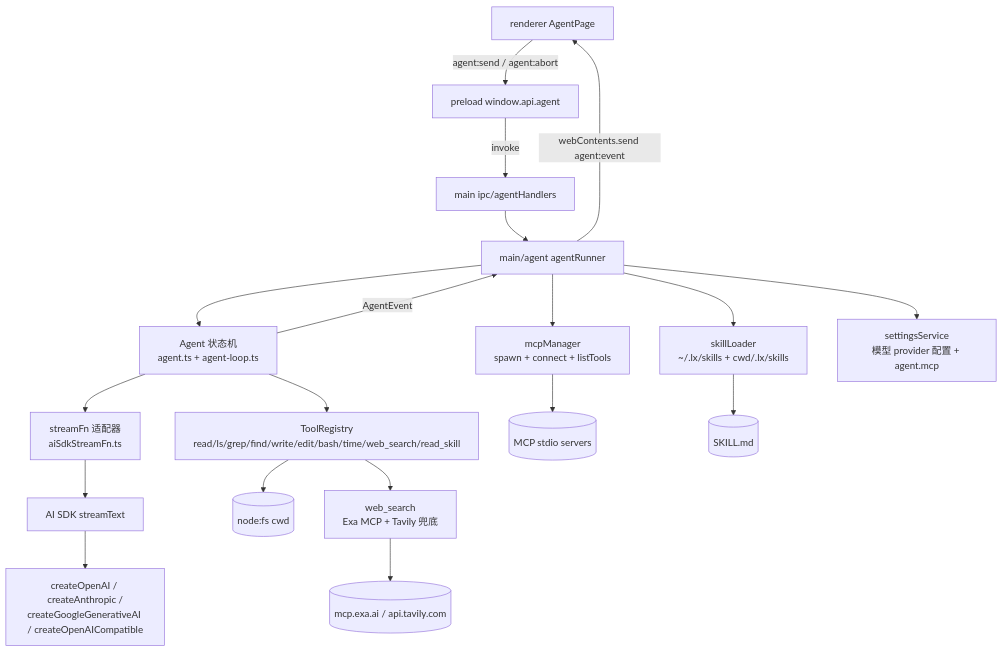
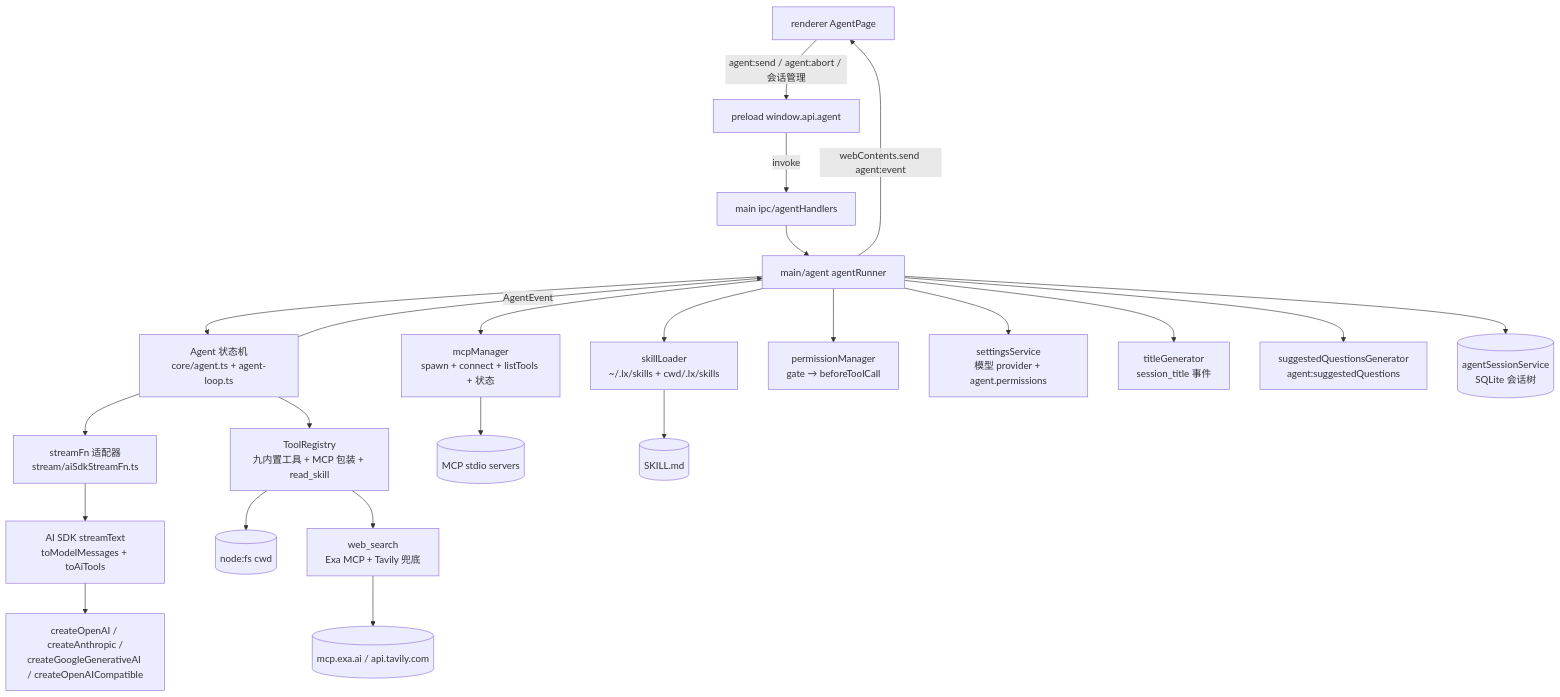
One commit to yonah-lin111/lx-agent changed the diagram in docs/agent/design.md. Above: the diagram before and after it, drawn with Mermaid. The commit also changed other lines of this file and 10 other files, not shown here.

````diff
--- a/docs/agent/design.md
+++ b/docs/agent/design.md
@@ -23,21 +26,25 @@
 ```mermaid
 flowchart TD
-    UI[renderer AgentPage] -->|agent:send / agent:abort| Preload[preload window.api.agent]
+    UI[renderer AgentPage] -->|agent:send / agent:abort / 会话管理| Preload[preload window.api.agent]
     Preload -->|invoke| IPC[main ipc/agentHandlers]
     IPC --> Runner[main/agent agentRunner]
-    Runner --> Agent[Agent 状态机<br/>agent.ts + agent-loop.ts]
-    Agent --> Adapter[streamFn 适配器<br/>aiSdkStreamFn.ts]
-    Adapter --> AI[AI SDK streamText]
+    Runner --> Agent[Agent 状态机<br/>core/agent.ts + agent-loop.ts]
+    Agent --> Adapter[streamFn 适配器<br/>stream/aiSdkStreamFn.ts]
+    Adapter --> AI[AI SDK streamText<br/>toModelMessages + toAiTools]
     AI --> Provider[createOpenAI / createAnthropic /<br/>createGoogleGenerativeAI / createOpenAICompatible]
-    Agent --> Tools[ToolRegistry<br/>read/ls/grep/find/write/edit/bash/time/web_search/read_skill]
+    Agent --> Tools[ToolRegistry<br/>九内置工具 + MCP 包装 + read_skill]
     Tools --> FS[(node:fs cwd)]
     Tools --> WebSearch[web_search<br/>Exa MCP + Tavily 兜底]
     WebSearch --> Ext[(mcp.exa.ai / api.tavily.com)]
-    Runner --> MCP[mcpManager<br/>spawn + connect + listTools]
+    Runner --> MCP[mcpManager<br/>spawn + connect + listTools + 状态]
     MCP --> McpSrv[(MCP stdio servers)]
     Runner --> Skills[skillLoader<br/>~/.lx/skills + cwd/.lx/skills]
     Skills --> SkillFiles[(SKILL.md)]
-    Runner --> Settings[settingsService<br/>模型 provider 配置 + agent.mcp]
+    Runner --> Perm[permissionManager<br/>gate → beforeToolCall]
+    Runner --> Settings[settingsService<br/>模型 provider + agent.permissions]
+    Runner --> Title[titleGenerator<br/>session_title 事件]
+    Runner --> SQ[suggestedQuestionsGenerator<br/>agent:suggestedQuestions]
+    Runner --> DB[(agentSessionService<br/>SQLite 会话树)]
     Agent -->|AgentEvent| Runner
     Runner -->|webContents.send agent:event| UI
 ```
````
